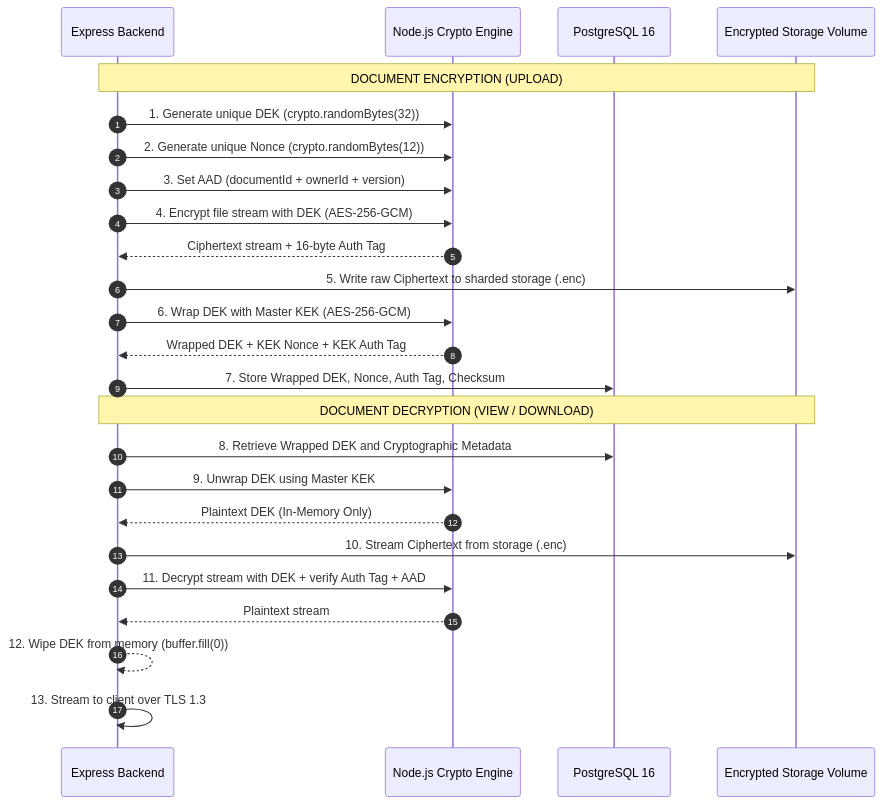
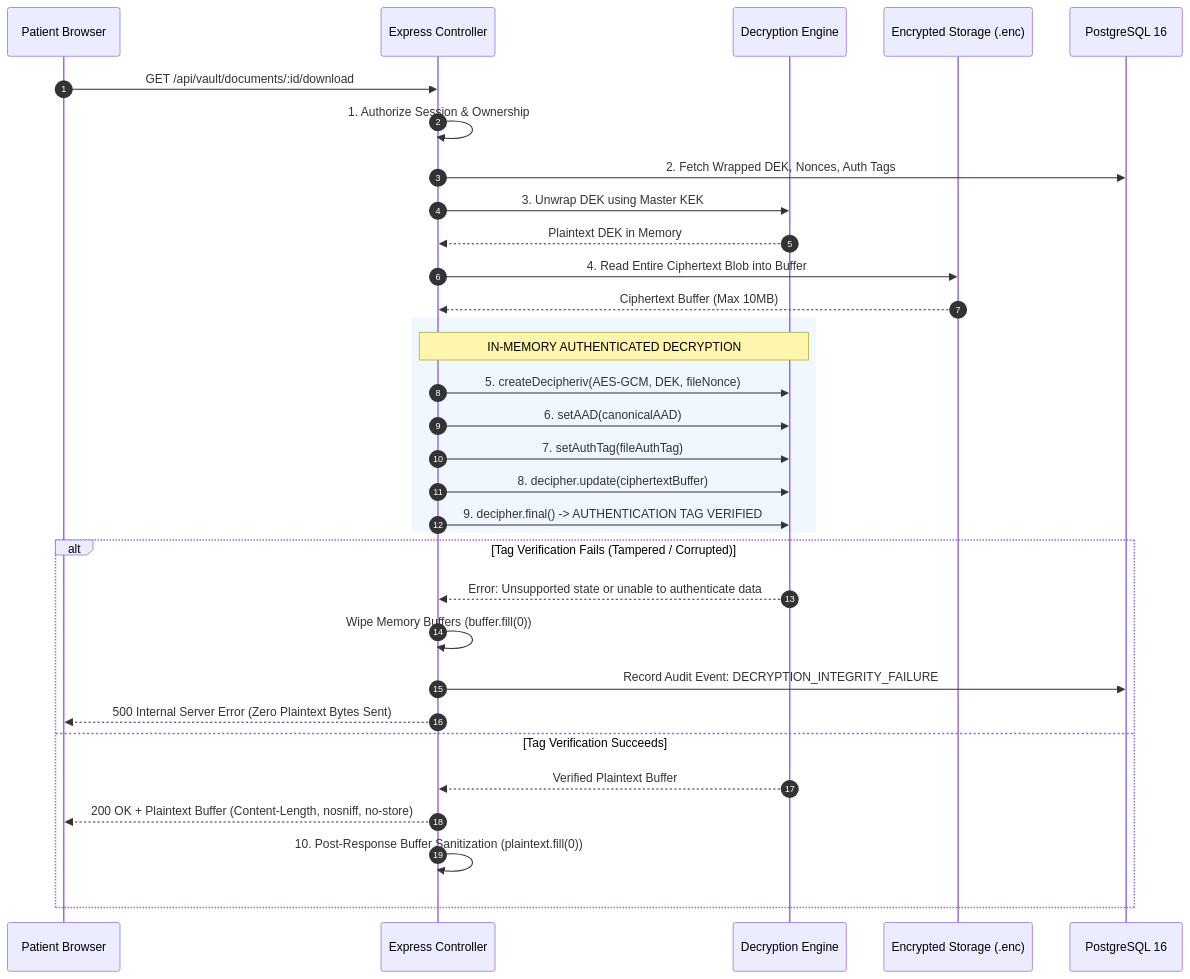
Before and after one commit to Nawarajkarki30/MediVaultAI: the diagram in docs/ENCRYPTION_KEY_MANAGEMENT.md, drawn with Mermaid. The commit also changed other lines of this file and 7 other files, not shown here.

Commit message:
docs(security): complete Phase 2C.2 security corrections, verify-before-release, in-memory quarantine, and manifest backup

````diff
--- a/docs/ENCRYPTION_KEY_MANAGEMENT.md
+++ b/docs/ENCRYPTION_KEY_MANAGEMENT.md
@@ -65,29 +21,37 @@
 ```mermaid
 sequenceDiagram
     autonumber
-    participant App as Express Backend
-    participant Crypto as Node.js Crypto Engine
+    participant Client as Patient Browser
+    participant API as Express Controller
+    participant Engine as Decryption Engine
+    participant Disk as Encrypted Storage (.enc)
     participant DB as PostgreSQL 16
-    participant Disk as Encrypted Storage Volume
 
-    Note over App,Disk: DOCUMENT ENCRYPTION (UPLOAD)
-    App->>Crypto: 1. Generate unique DEK (crypto.randomBytes(32))
-    App->>Crypto: 2. Generate unique Nonce (crypto.randomBytes(12))
-    App->>Crypto: 3. Set AAD (documentId + ownerId + version)
-    App->>Crypto: 4. Encrypt file stream with DEK (AES-256-GCM)
-    Crypto-->>App: Ciphertext stream + 16-byte Auth Tag
-    App->>Disk: 5. Write raw Ciphertext to sharded storage (.enc)
-    App->>Crypto: 6. Wrap DEK with Master KEK (AES-256-GCM)
-    Crypto-->>App: Wrapped DEK + KEK Nonce + KEK Auth Tag
-    App->>DB: 7. Store Wrapped DEK, Nonce, Auth Tag, Checksum
-
-    Note over App,Disk: DOCUMENT DECRYPTION (VIEW / DOWNLOAD)
-    App->>DB: 8. Retrieve Wrapped DEK and Cryptographic Metadata
-    App->>Crypto: 9. Unwrap DEK using Master KEK
-    Crypto-->>App: Plaintext DEK (In-Memory Only)
-    App->>Disk: 10. Stream Ciphertext from storage (.enc)
-    App->>Crypto: 11. Decrypt stream with DEK + verify Auth Tag + AAD
-    Crypto-->>App: Plaintext stream
-    App-->>App: 12. Wipe DEK from memory (buffer.fill(0))
-    App->>App: 13. Stream to client over TLS 1.3
+    Client->>API: GET /api/vault/documents/:id/download
+    API->>API: 1. Authorize Session & Ownership
+    API->>DB: 2. Fetch Wrapped DEK, Nonces, Auth Tags
+    API->>Engine: 3. Unwrap DEK using Master KEK
+    Engine-->>API: Plaintext DEK in Memory
+    API->>Disk: 4. Read Entire Ciphertext Blob into Buffer
+    Disk-->>API: Ciphertext Buffer (Max 10MB)
+    
+    rect rgb(240, 248, 255)
+        Note over API,Engine: IN-MEMORY AUTHENTICATED DECRYPTION
+        API->>Engine: 5. createDecipheriv(AES-GCM, DEK, fileNonce)
+        API->>Engine: 6. setAAD(canonicalAAD)
+        API->>Engine: 7. setAuthTag(fileAuthTag)
+        API->>Engine: 8. decipher.update(ciphertextBuffer)
+        API->>Engine: 9. decipher.final() -> AUTHENTICATION TAG VERIFIED
+    end
+    
+    alt Tag Verification Fails (Tampered / Corrupted)
+        Engine-->>API: Error: Unsupported state or unable to authenticate data
+        API->>API: Wipe Memory Buffers (buffer.fill(0))
+        API->>DB: Record Audit Event: DECRYPTION_INTEGRITY_FAILURE
+        API-->>Client: 500 Internal Server Error (Zero Plaintext Bytes Sent)
+    else Tag Verification Succeeds
+        Engine-->>API: Verified Plaintext Buffer
+        API-->>Client: 200 OK + Plaintext Buffer (Content-Length, nosniff, no-store)
+        API->>API: 10. Post-Response Buffer Sanitization (plaintext.fill(0))
+    end
 ```
````
